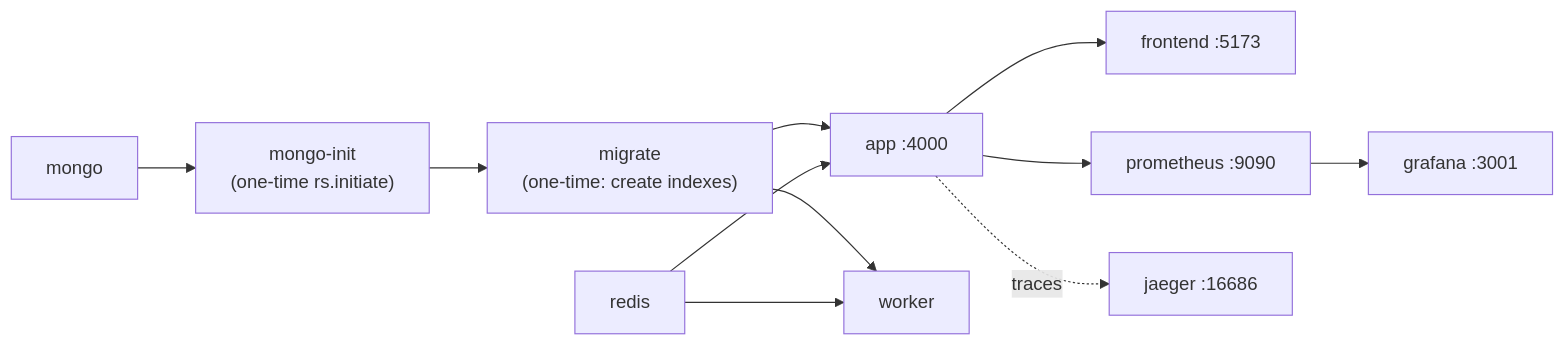
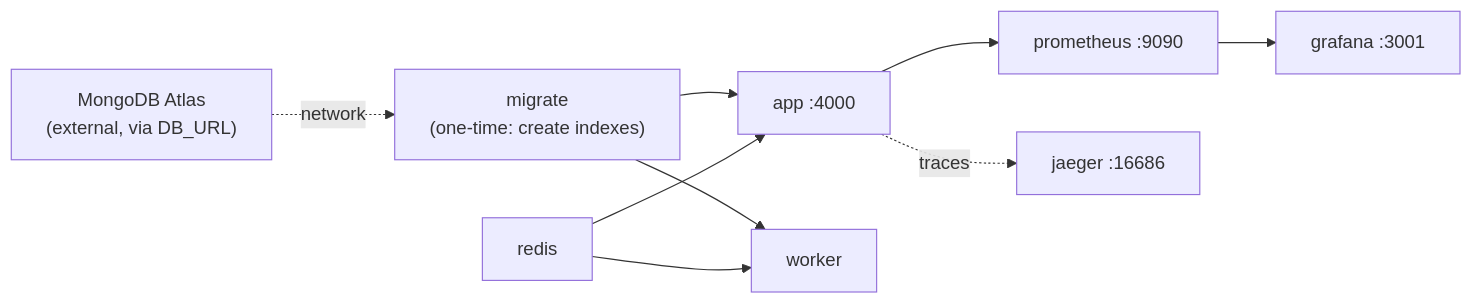
The diagram in backend/INSTALLATION.md (anupamsingh-engineer/NeoDrive), drawn with Mermaid before and after one commit. The commit also changed other lines of this file and 5 other files, not shown here.

Commit message:
feat: update MongoDB connection to use Atlas and enhance installation documentation

````diff
--- a/backend/INSTALLATION.md
+++ b/backend/INSTALLATION.md
@@ -47,13 +52,11 @@
 ```mermaid
 flowchart LR
-    mongo["mongo"] --> mongo_init["mongo-init<br/>(one-time rs.initiate)"]
-    mongo_init --> migrate["migrate<br/>(one-time: create indexes)"]
+    atlas["MongoDB Atlas<br/>(external, via DB_URL)"] -. network .-> migrate["migrate<br/>(one-time: create indexes)"]
     migrate --> app["app :4000"]
     migrate --> worker["worker"]
     redis["redis"] --> app
     redis --> worker
-    app --> frontend["frontend :5173"]
     app --> prometheus["prometheus :9090"]
     prometheus --> grafana["grafana :3001"]
     app -. traces .-> jaeger["jaeger :16686"]
 ```
````
